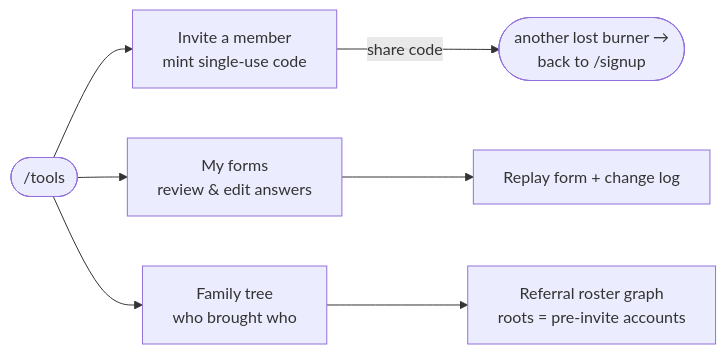
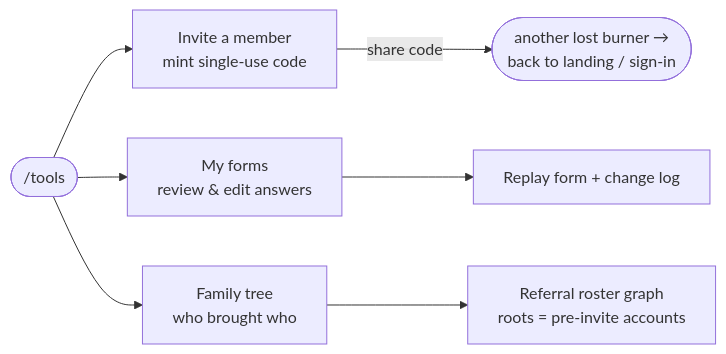
Before and after one commit to RyRy79261/camp-404: the sixth of 9 diagrams in docs/user-journey.md, drawn with Mermaid. The commit also changed 1 other file, not shown here.

Commit message:
docs: address review — fix stale /signup flow ref + reconcile cron guideline
- user-journey §4: a re-invited burner now starts at landing / sign-in, not
  the removed pre-auth /signup page (CodeRabbit, user-journey.md:209).
- AGENTS.md cron guideline now states telegram/dispatch is intentionally not
  scheduled yet (pending the notifications enqueue work), so the doc no longer
  contradicts the route's own comment (CodeRabbit, telegram/dispatch).

````diff
--- a/docs/user-journey.md
+++ b/docs/user-journey.md
@@ -203,10 +203,10 @@
 ```mermaid
 flowchart LR
     TOOLS([/tools]) --> INV[Invite a member<br/>mint single-use code]
     TOOLS --> FORMS[My forms<br/>review & edit answers]
     TOOLS --> FT[Family tree<br/>who brought who]
 
-    INV -->|share code| NEW([another lost burner →<br/>back to /signup])
+    INV -->|share code| NEW([another lost burner →<br/>back to landing / sign-in])
     FORMS --> REPLAY[Replay form + change log]
     FT --> GRAPH[Referral roster graph<br/>roots = pre-invite accounts]
 ```
````
